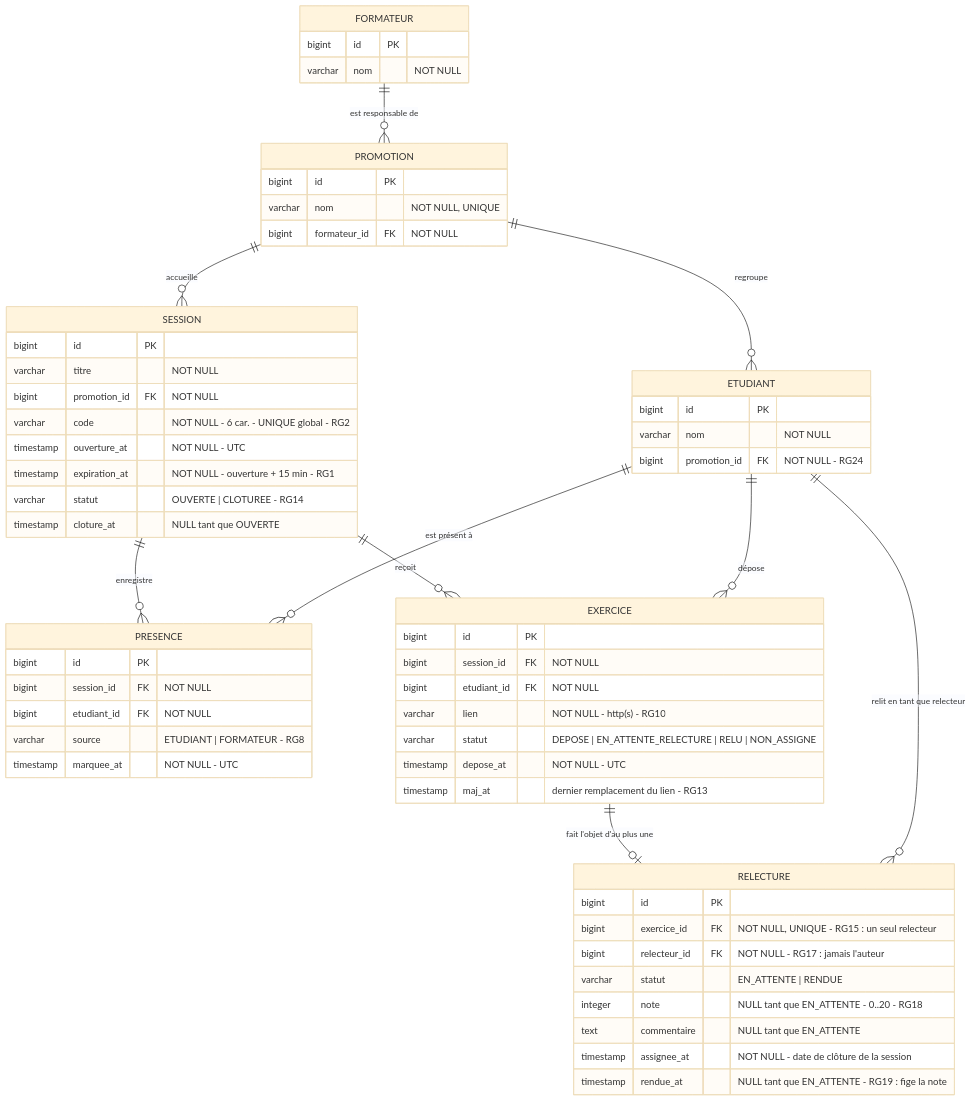
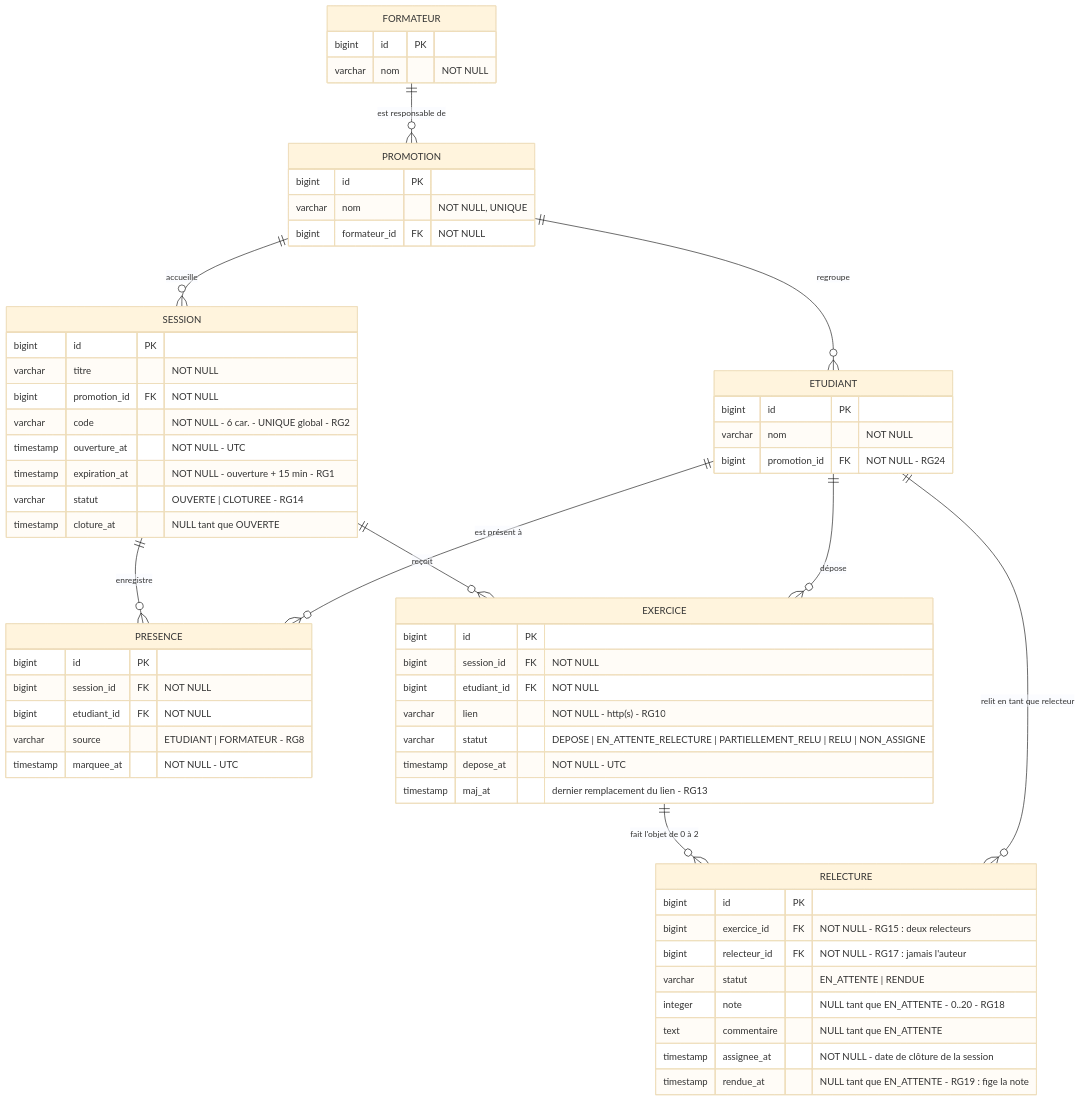
One commit to clementange/kfokam48-epreuve-195 changed the diagram in docs/diagrammes/D2-modele-donnees.md. Above: the diagram before and after it, drawn with Mermaid (base theme). The commit also changed other lines of this file and 27 other files, not shown here.

First line of the commit message:
feat(relectures): deux relecteurs par exercice, note moyenne et provisoire

````diff
--- a/docs/diagrammes/D2-modele-donnees.md
+++ b/docs/diagrammes/D2-modele-donnees.md
@@ -11,69 +14,69 @@
 ```mermaid
 erDiagram
     FORMATEUR  ||--o{ PROMOTION : "est responsable de"
     PROMOTION  ||--o{ ETUDIANT  : "regroupe"
     PROMOTION  ||--o{ SESSION   : "accueille"
     SESSION    ||--o{ PRESENCE  : "enregistre"
     ETUDIANT   ||--o{ PRESENCE  : "est présent à"
     SESSION    ||--o{ EXERCICE  : "reçoit"
     ETUDIANT   ||--o{ EXERCICE  : "dépose"
-    EXERCICE   ||--o| RELECTURE : "fait l'objet d'au plus une"
+    EXERCICE   ||--o{ RELECTURE : "fait l'objet de 0 à 2"
     ETUDIANT   ||--o{ RELECTURE : "relit en tant que relecteur"
 
     FORMATEUR {
         bigint  id          PK
         varchar nom         "NOT NULL"
     }
 
     PROMOTION {
         bigint  id            PK
         varchar nom           "NOT NULL, UNIQUE"
         bigint  formateur_id  FK "NOT NULL"
     }
 
     ETUDIANT {
         bigint  id            PK
         varchar nom           "NOT NULL"
         bigint  promotion_id  FK "NOT NULL - RG24"
     }
 
     SESSION {
         bigint    id            PK
         varchar   titre         "NOT NULL"
         bigint    promotion_id  FK "NOT NULL"
         varchar   code          "NOT NULL - 6 car. - UNIQUE global - RG2"
         timestamp ouverture_at  "NOT NULL - UTC"
         timestamp expiration_at "NOT NULL - ouverture + 15 min - RG1"
         varchar   statut        "OUVERTE | CLOTUREE - RG14"
         timestamp cloture_at    "NULL tant que OUVERTE"
     }
 
     PRESENCE {
         bigint    id          PK
         bigint    session_id  FK "NOT NULL"
         bigint    etudiant_id FK "NOT NULL"
         varchar   source      "ETUDIANT | FORMATEUR - RG8"
         timestamp marquee_at  "NOT NULL - UTC"
     }
 
     EXERCICE {
         bigint    id          PK
         bigint    session_id  FK "NOT NULL"
         bigint    etudiant_id FK "NOT NULL"
         varchar   lien        "NOT NULL - http(s) - RG10"
-        varchar   statut      "DEPOSE | EN_ATTENTE_RELECTURE | RELU | NON_ASSIGNE"
+        varchar   statut      "DEPOSE | EN_ATTENTE_RELECTURE | PARTIELLEMENT_RELU | RELU | NON_ASSIGNE"
         timestamp depose_at   "NOT NULL - UTC"
         timestamp maj_at      "dernier remplacement du lien - RG13"
     }
 
     RELECTURE {
         bigint    id           PK
-        bigint    exercice_id  FK "NOT NULL, UNIQUE - RG15 : un seul relecteur"
+        bigint    exercice_id  FK "NOT NULL - RG15 : deux relecteurs"
         bigint    relecteur_id FK "NOT NULL - RG17 : jamais l'auteur"
         varchar   statut       "EN_ATTENTE | RENDUE"
         integer   note         "NULL tant que EN_ATTENTE - 0..20 - RG18"
         text      commentaire  "NULL tant que EN_ATTENTE"
         timestamp assignee_at  "NOT NULL - date de clôture de la session"
         timestamp rendue_at    "NULL tant que EN_ATTENTE - RG19 : fige la note"
     }
 ```
````
